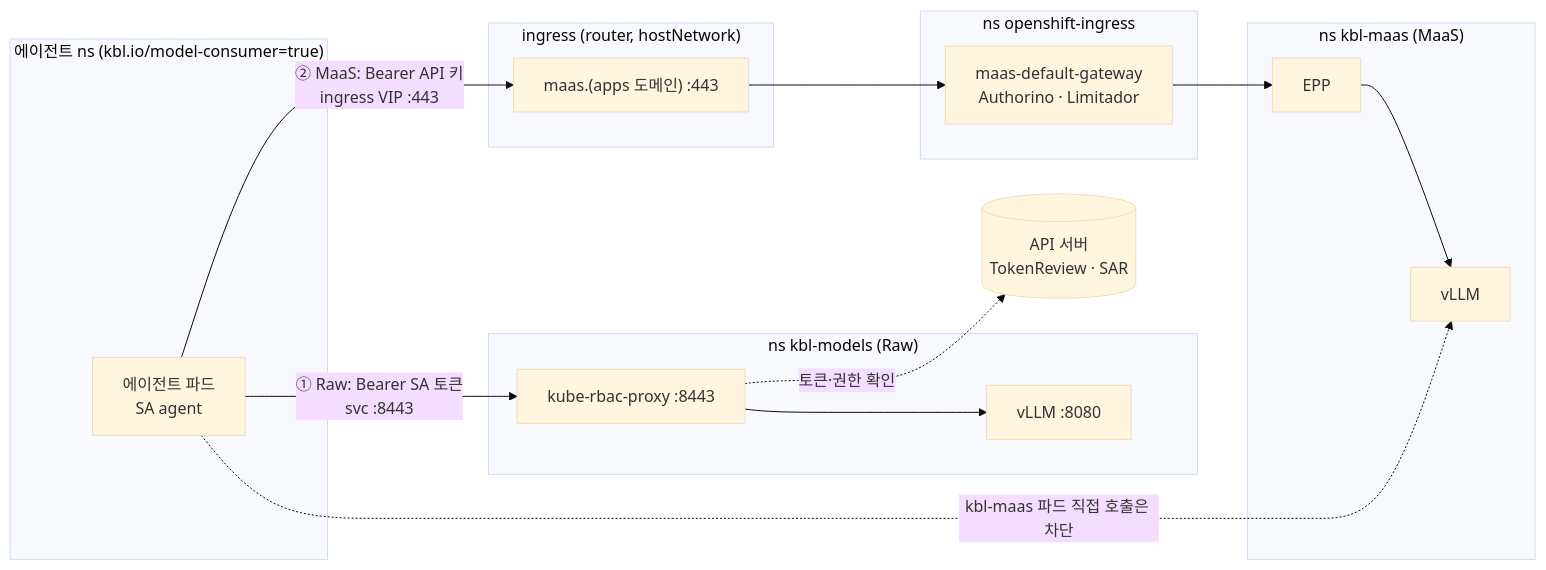
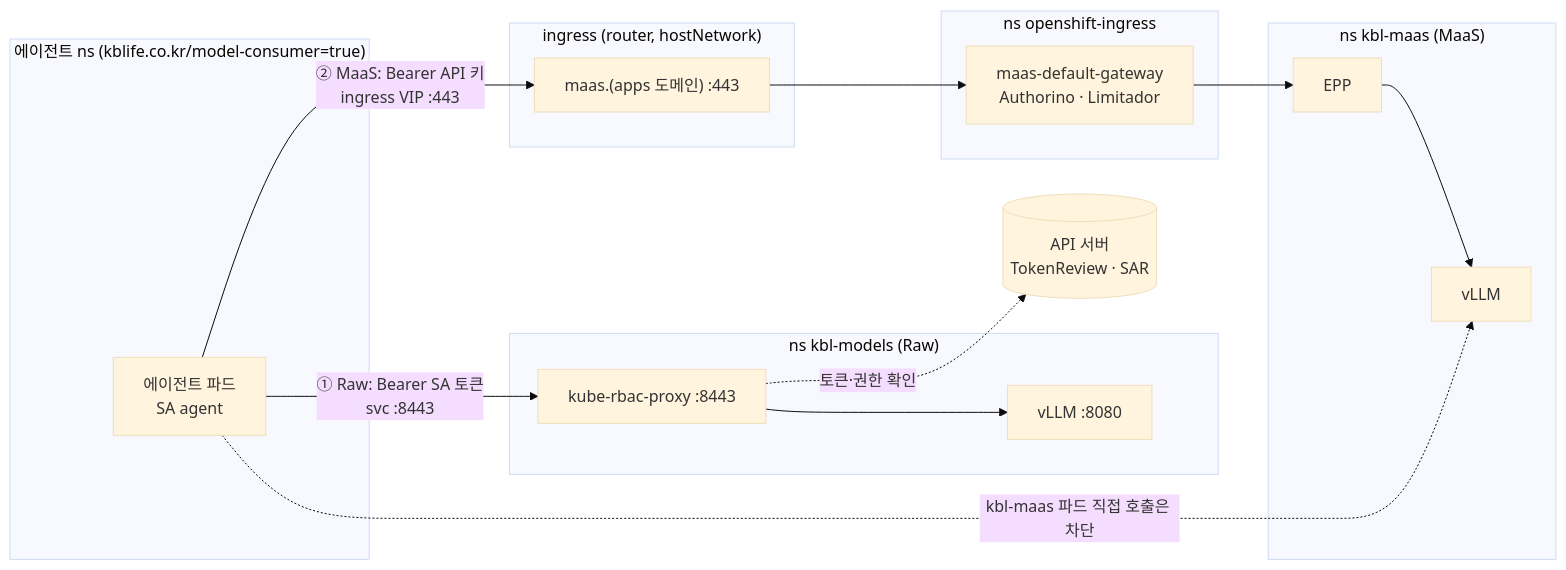
Before and after one commit to edwin-noh/rhoai-serving-gitops: the third of 5 diagrams in kbl-ai-gitops.md, drawn with Mermaid (base theme). The commit also changed other lines of this file and 19 other files, not shown here.

First line of the commit message:
Label prefix kbl.io/ -> kblife.co.kr/; runtime tiers ga|fast|community

````diff
--- a/kbl-ai-gitops.md
+++ b/kbl-ai-gitops.md
@@ -285,23 +285,23 @@
 ```mermaid
 flowchart LR
-  subgraph AGNS["에이전트 ns (kbl.io/model-consumer=true)"]
+  subgraph AGNS["에이전트 ns (kblife.co.kr/model-consumer=true)"]
     AG["에이전트 파드<br/>SA agent"]
   end
   subgraph KM["ns kbl-models (Raw)"]
     PX["kube-rbac-proxy :8443"] --> V1["vLLM :8080"]
   end
   API[("API 서버<br/>TokenReview · SAR")]
   subgraph ING["ingress (router, hostNetwork)"]
     R["maas.(apps 도메인) :443"]
   end
   subgraph OI["ns openshift-ingress"]
     GW["maas-default-gateway<br/>Authorino · Limitador"]
   end
   subgraph KMS["ns kbl-maas (MaaS)"]
     EPP["EPP"] --> V2["vLLM"]
   end
   AG -- "① Raw: Bearer SA 토큰<br/>svc :8443" --> PX
   PX -. "토큰·권한 확인" .-> API
   AG -- "② MaaS: Bearer API 키<br/>ingress VIP :443" --> R --> GW --> EPP
   AG -. "kbl-maas 파드 직접 호출은 차단" .-> V2
 ```
````
